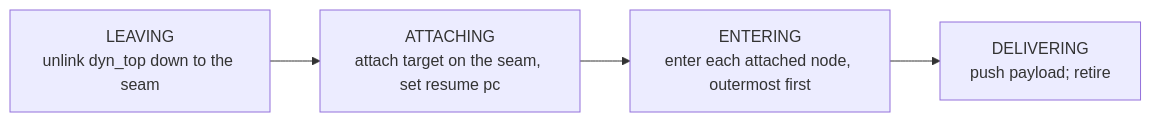
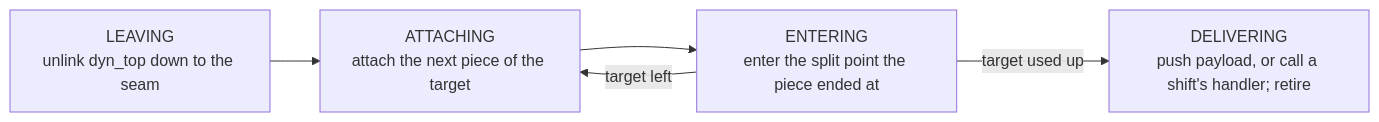
The tenth of 12 diagrams in design/EVALUATOR.md (koskari-lang/koskari), drawn with Mermaid before and after one commit. The commit also changed other lines of this file and 8 other files, not shown here.

````diff
--- a/design/EVALUATOR.md
+++ b/design/EVALUATOR.md
@@ -1065,8 +1066,10 @@
 ```mermaid
 flowchart LR
     LEAVING["LEAVING<br/>unlink dyn_top down to the seam"]
-    ATTACHING["ATTACHING<br/>attach target on the seam, set resume pc"]
-    ENTERING["ENTERING<br/>enter each attached node, outermost first"]
-    DELIVERING["DELIVERING<br/>push payload; retire"]
-    LEAVING --> ATTACHING --> ENTERING --> DELIVERING
+    ATTACHING["ATTACHING<br/>attach the next piece of the target"]
+    ENTERING["ENTERING<br/>enter the split point the piece ended at"]
+    DELIVERING["DELIVERING<br/>push payload, or call a shift's handler; retire"]
+    LEAVING --> ATTACHING --> ENTERING
+    ENTERING -->|target left| ATTACHING
+    ENTERING -->|target used up| DELIVERING
 ```
````
